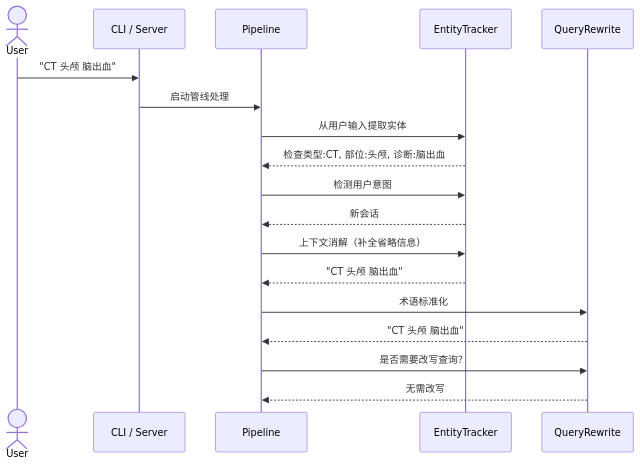
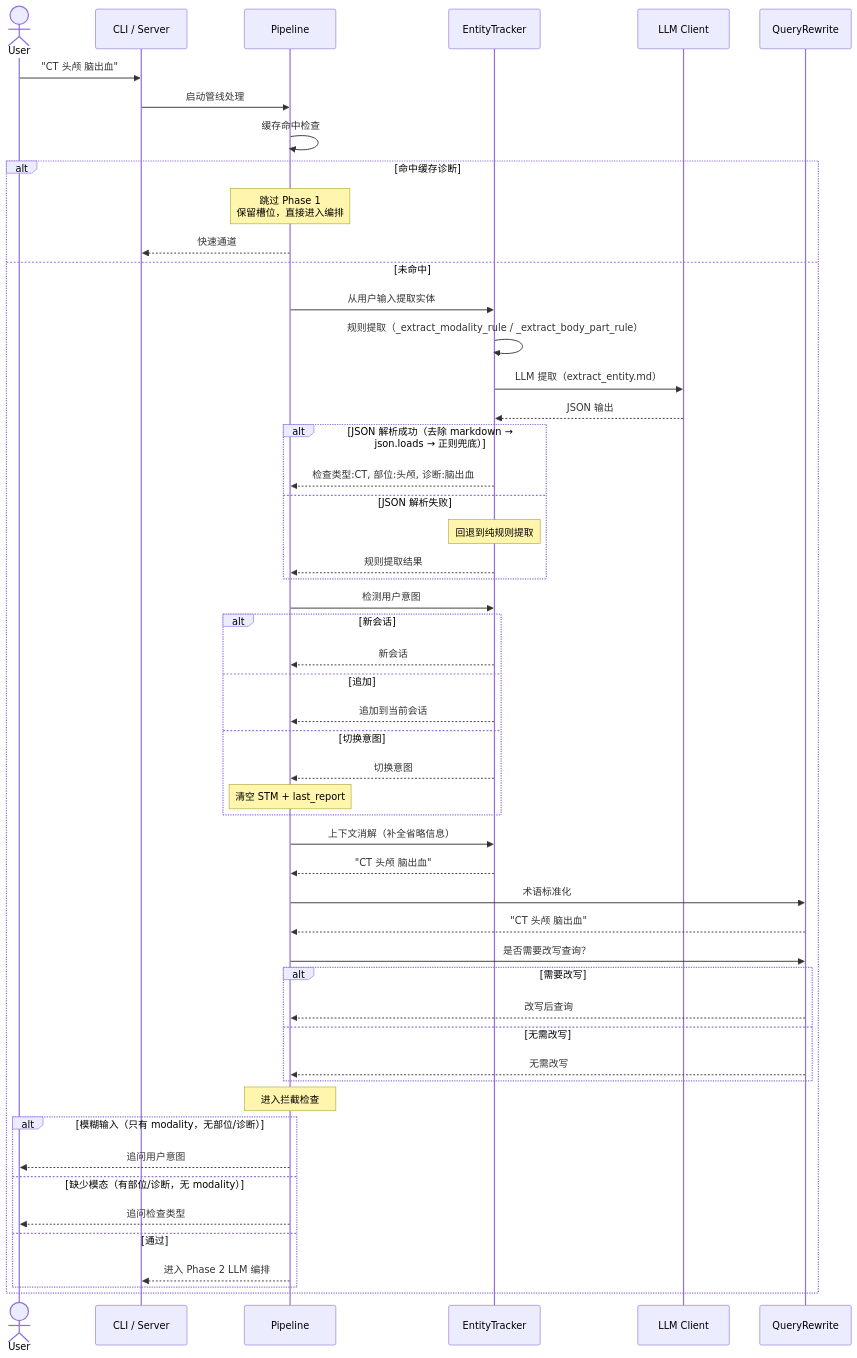
The diagram in docs/uml/01_phase1_input.md (cw12309/report-generation), drawn with Mermaid before and after one commit. The commit also changed other lines of this file and 15 other files, not shown here.

````diff
--- a/docs/uml/01_phase1_input.md
+++ b/docs/uml/01_phase1_input.md
@@ -3,26 +3,62 @@
 ```mermaid
 sequenceDiagram
     actor User
     participant CLI as CLI / Server
     participant Pipe as Pipeline
     participant ET as EntityTracker
+    participant LLM as LLM Client
     participant QR as QueryRewrite
 
     User->>CLI: "CT 头颅 脑出血"
     CLI->>Pipe: 启动管线处理
 
-    Pipe->>ET: 从用户输入提取实体
-    ET-->>Pipe: 检查类型:CT, 部位:头颅, 诊断:脑出血
+    Pipe->>Pipe: 缓存命中检查
+    alt 命中缓存诊断
+        Note over Pipe: 跳过 Phase 1<br/>保留槽位，直接进入编排
+        Pipe-->>CLI: 快速通道
+    else 未命中
+        Pipe->>ET: 从用户输入提取实体
+        ET->>ET: 规则提取（_extract_modality_rule / _extract_body_part_rule）
+        ET->>LLM: LLM 提取（extract_entity.md）
+        LLM-->>ET: JSON 输出
+        alt JSON 解析成功（去除 markdown → json.loads → 正则兜底）
+            ET-->>Pipe: 检查类型:CT, 部位:头颅, 诊断:脑出血
+        else JSON 解析失败
+            Note over ET: 回退到纯规则提取
+            ET-->>Pipe: 规则提取结果
+        end
 
-    Pipe->>ET: 检测用户意图
-    ET-->>Pipe: 新会话
+        Pipe->>ET: 检测用户意图
+        alt 新会话
+            ET-->>Pipe: 新会话
+        else 追加
+            ET-->>Pipe: 追加到当前会话
+        else 切换意图
+            ET-->>Pipe: 切换意图
+            Note over Pipe: 清空 STM + last_report
+        end
 
-    Pipe->>ET: 上下文消解（补全省略信息）
-    ET-->>Pipe: "CT 头颅 脑出血"
+        Pipe->>ET: 上下文消解（补全省略信息）
+        ET-->>Pipe: "CT 头颅 脑出血"
 
-    Pipe->>QR: 术语标准化
-    QR-->>Pipe: "CT 头颅 脑出血"
+        Pipe->>QR: 术语标准化
+        QR-->>Pipe: "CT 头颅 脑出血"
 
-    Pipe->>QR: 是否需要改写查询？
-    QR-->>Pipe: 无需改写
+        Pipe->>QR: 是否需要改写查询？
+        alt 需要改写
+            QR-->>Pipe: 改写后查询
+        else 无需改写
+            QR-->>Pipe: 无需改写
+        end
+
+        Note over Pipe: 进入拦截检查
+
+        alt 模糊输入（只有 modality，无部位/诊断）
+            Pipe-->>User: 追问用户意图
+        else 缺少模态（有部位/诊断，无 modality）
+            Pipe-->>User: 追问检查类型
+        else 通过
+            Pipe-->>CLI: 进入 Phase 2 LLM 编排
+        end
+    end
 ```
````
